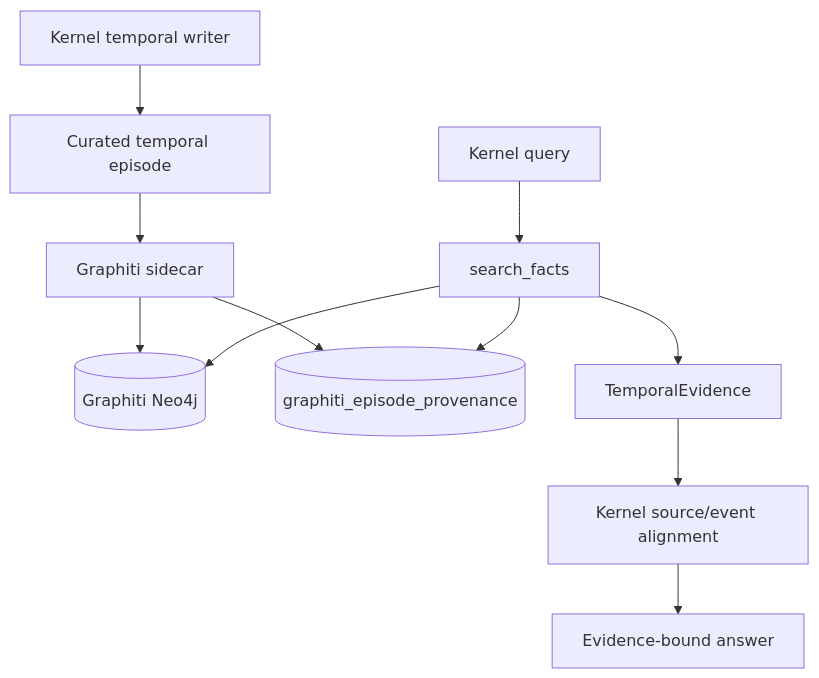
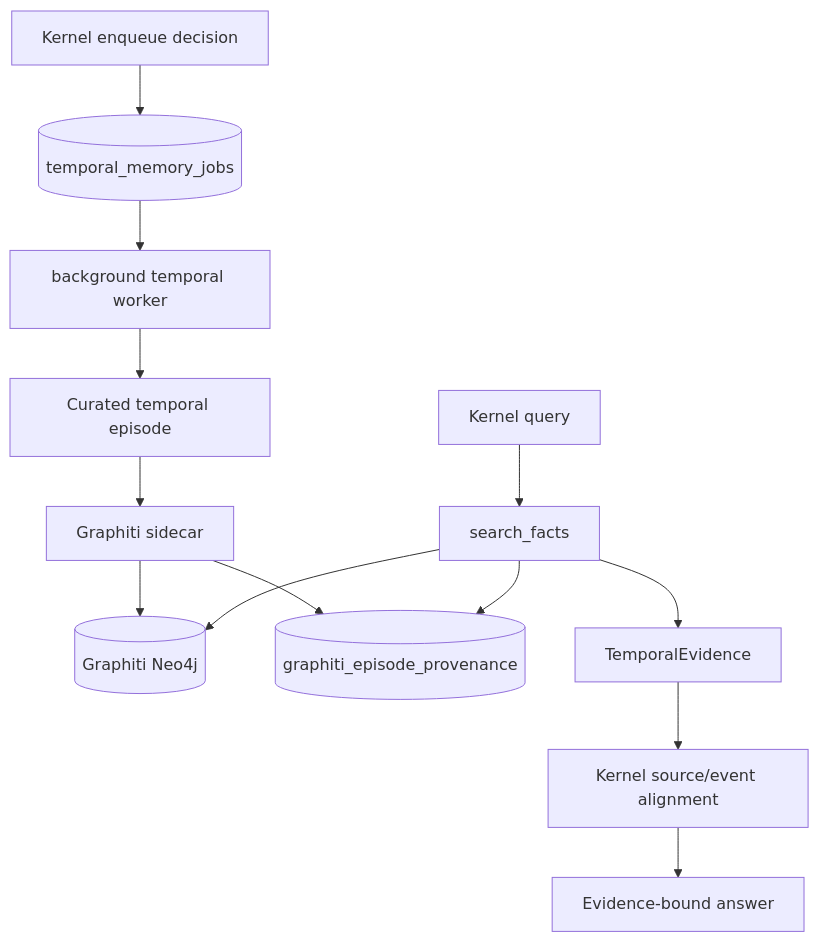
Before and after one commit to archpeng/goldmem: the fifth of 5 diagrams in docs/current-capabilities-and-architecture.md, drawn with Mermaid. The commit also changed other lines of this file and 27 other files, not shown here.

Commit message:
align kernel commands and temporal query architecture

````diff
--- a/docs/current-capabilities-and-architecture.md
+++ b/docs/current-capabilities-and-architecture.md
@@ -181,14 +176,16 @@
 ```mermaid
 flowchart TB
-  Kernel[Kernel temporal writer] --> Episode[Curated temporal episode]
+  Kernel[Kernel enqueue decision] --> Job[(temporal_memory_jobs)]
+  Job --> Worker[background temporal worker]
+  Worker --> Episode[Curated temporal episode]
   Episode --> Sidecar[Graphiti sidecar]
   Sidecar --> Neo4j[(Graphiti Neo4j)]
   Sidecar --> Prov[(graphiti_episode_provenance)]
 
   Query[Kernel query] --> SidecarSearch[search_facts]
   SidecarSearch --> Neo4j
   SidecarSearch --> Prov
   SidecarSearch --> Evidence[TemporalEvidence]
   Evidence --> Align[Kernel source/event alignment]
   Align --> Answer[Evidence-bound answer]
 ```
````
